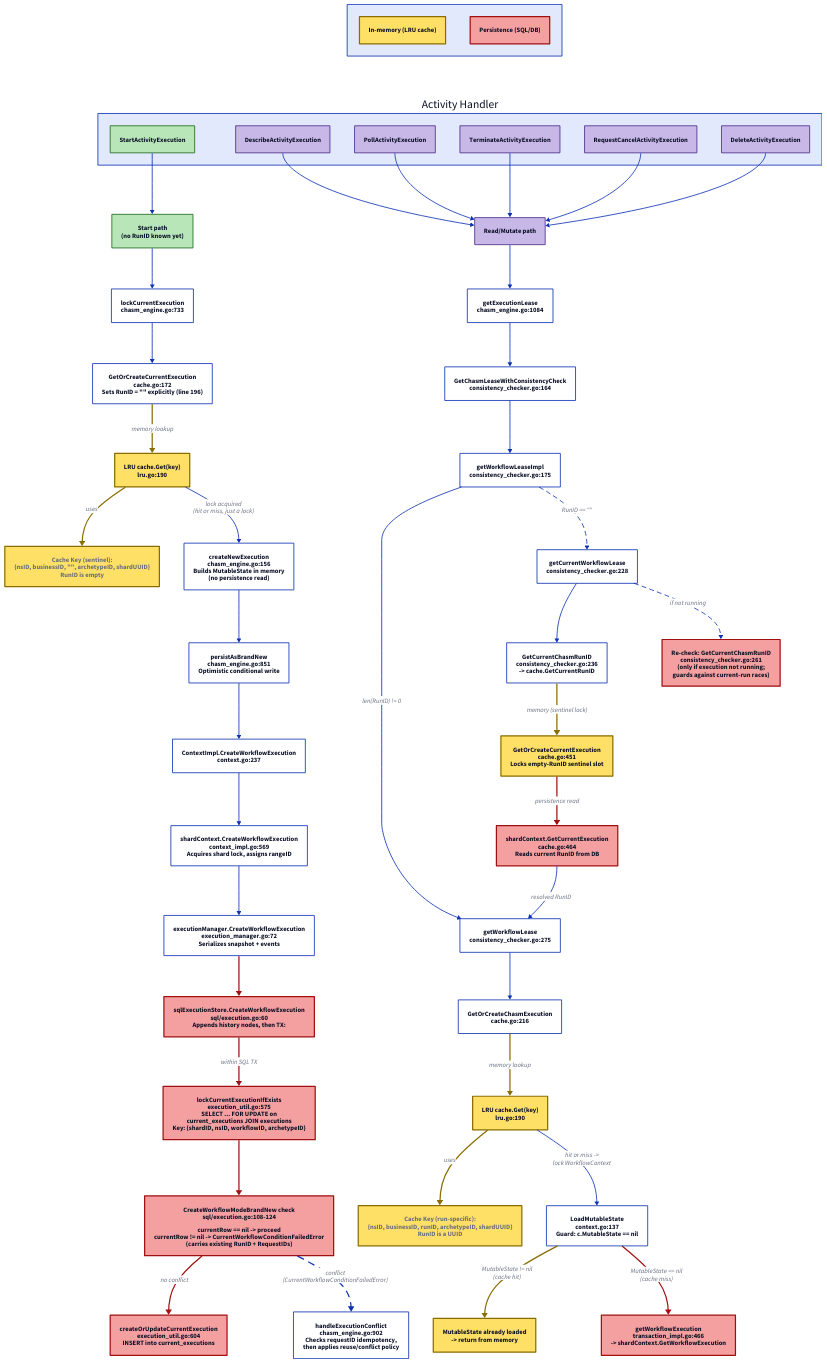
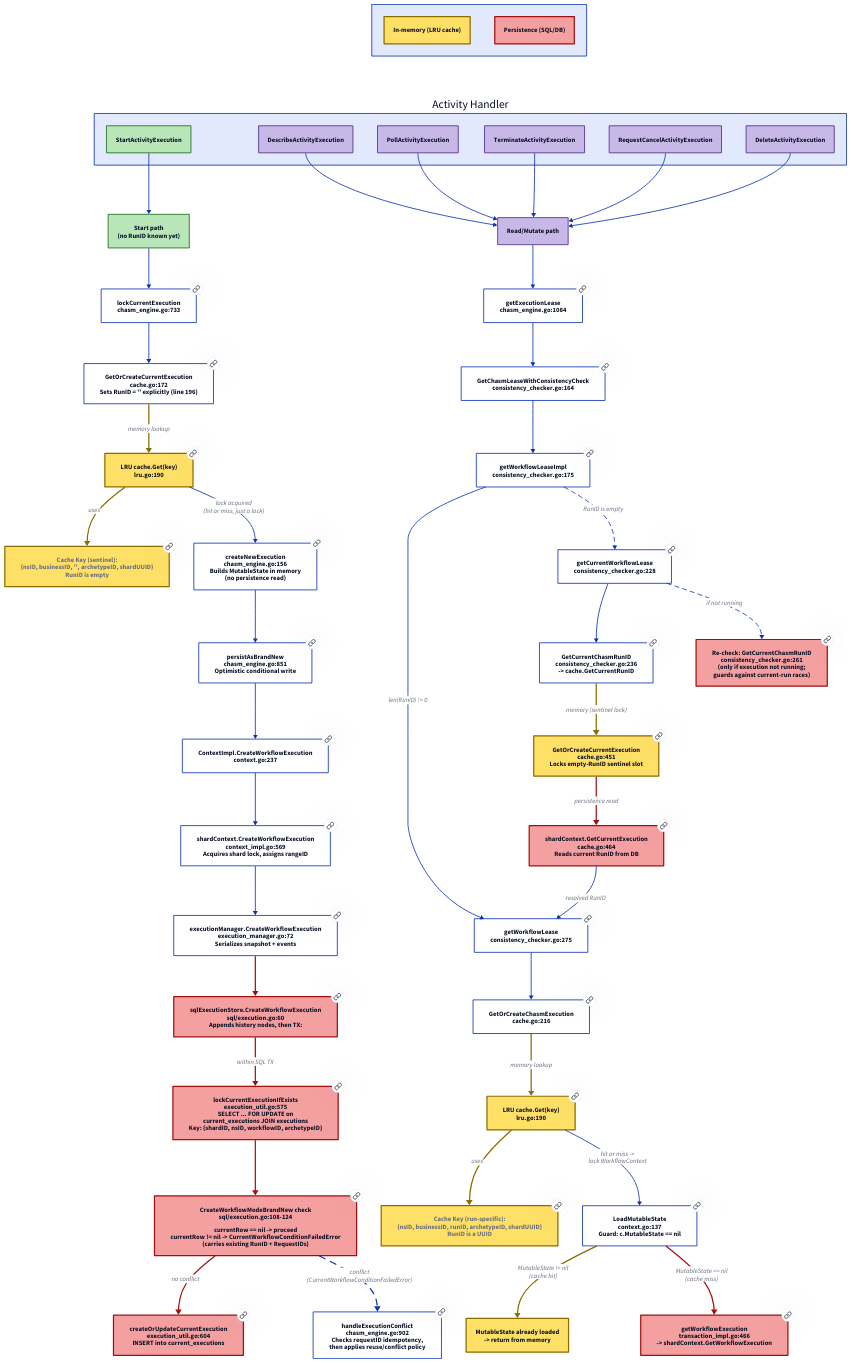
One commit to dandavison/temporalio-temporal changed the diagram in .task/activity-cache-keys.d2. Above: the diagram before and after it, drawn with D2.

Commit message:
activity diagram update

```diff
--- a/.task/activity-cache-keys.d2
+++ b/.task/activity-cache-keys.d2
@@ -80,12 +80,14 @@
 
 lock_current: "lockCurrentExecution\nchasm_engine.go:733" {
   style.fill: "#ffffff"
+  link: "https://github.com/temporalio/temporal/blob/f8bbf7c78/service/history/chasm_engine.go#L733"
 }
 
 start_path -> lock_current
 
-get_or_create_current: "GetOrCreateCurrentExecution\ncache.go:172\nSets RunID = \"\" explicitly (line 196)" {
+get_or_create_current: "GetOrCreateCurrentExecution\ncache.go:172\nSets RunID = '' explicitly (line 196)" {
   style.fill: "#ffffff"
+  link: "https://github.com/temporalio/temporal/blob/f8bbf7c78/service/history/workflow/cache/cache.go#L172"
 }
 
 lock_current -> get_or_create_current
@@ -95,13 +97,15 @@
   style.stroke: "#8a6d00"
   style.stroke-width: 3
   style.bold: true
+  link: "https://github.com/temporalio/temporal/blob/f8bbf7c78/common/cache/lru.go#L190"
 }
 
-cache_key_empty: "Cache Key (sentinel):\n{nsID, businessID, \"\", archetypeID, shardUUID}\nRunID is empty" {
+cache_key_empty: "Cache Key (sentinel):\n{nsID, businessID, '', archetypeID, shardUUID}\nRunID is empty" {
   style.fill: "#ffe066"
   style.stroke: "#8a6d00"
   style.stroke-width: 3
   style.italic: true
+  link: "https://github.com/temporalio/temporal/blob/f8bbf7c78/service/history/workflow/cache/cache.go#L73-L79"
 }
 
 get_or_create_current -> cache_lookup_empty: "memory lookup" {
@@ -115,12 +119,14 @@
 
 create_new_exec: "createNewExecution\nchasm_engine.go:156\nBuilds MutableState in memory\n(no persistence read)" {
   style.fill: "#ffffff"
+  link: "https://github.com/temporalio/temporal/blob/f8bbf7c78/service/history/chasm_engine.go#L156"
 }
 
 cache_lookup_empty -> create_new_exec: "lock acquired\n(hit or miss, just a lock)"
 
 persist_brand_new: "persistAsBrandNew\nchasm_engine.go:851\nOptimistic conditional write" {
   style.fill: "#ffffff"
+  link: "https://github.com/temporalio/temporal/blob/f8bbf7c78/service/history/chasm_engine.go#L851"
 }
 
 create_new_exec -> persist_brand_new
@@ -129,18 +135,21 @@
 
 ctx_create: "ContextImpl.CreateWorkflowExecution\ncontext.go:237" {
   style.fill: "#ffffff"
+  link: "https://github.com/temporalio/temporal/blob/f8bbf7c78/service/history/workflow/context.go#L237"
 }
 
 persist_brand_new -> ctx_create
 
 shard_create: "shardContext.CreateWorkflowExecution\ncontext_impl.go:569\nAcquires shard lock, assigns rangeID" {
   style.fill: "#ffffff"
+  link: "https://github.com/temporalio/temporal/blob/f8bbf7c78/service/history/shard/context_impl.go#L569"
 }
 
 ctx_create -> shard_create
 
 exec_mgr_create: "executionManager.CreateWorkflowExecution\nexecution_manager.go:72\nSerializes snapshot + events" {
   style.fill: "#ffffff"
+  link: "https://github.com/temporalio/temporal/blob/f8bbf7c78/common/persistence/execution_manager.go#L72"
 }
 
 shard_create -> exec_mgr_create
@@ -149,6 +158,7 @@
   style.fill: "#f5a0a0"
   style.stroke: "#a01010"
   style.stroke-width: 3
+  link: "https://github.com/temporalio/temporal/blob/f8bbf7c78/common/persistence/sql/execution.go#L60"
 }
 
 exec_mgr_create -> sql_create {
@@ -160,6 +170,7 @@
   style.fill: "#f5a0a0"
   style.stroke: "#a01010"
   style.stroke-width: 3
+  link: "https://github.com/temporalio/temporal/blob/f8bbf7c78/common/persistence/sql/execution_util.go#L575"
 }
 
 sql_create -> sql_lock_current: "within SQL TX" {
@@ -171,6 +182,7 @@
   style.fill: "#f5a0a0"
   style.stroke: "#a01010"
   style.stroke-width: 3
+  link: "https://github.com/temporalio/temporal/blob/f8bbf7c78/common/persistence/sql/execution.go#L108-L124"
 }
 
 sql_lock_current -> brand_new_check {
@@ -182,6 +194,7 @@
   style.fill: "#f5a0a0"
   style.stroke: "#a01010"
   style.stroke-width: 3
+  link: "https://github.com/temporalio/temporal/blob/f8bbf7c78/common/persistence/sql/execution_util.go#L604"
 }
 
 brand_new_check -> create_or_update: "no conflict" {
@@ -191,6 +204,7 @@
 
 conflict: "handleExecutionConflict\nchasm_engine.go:902\nChecks requestID idempotency,\nthen applies reuse/conflict policy" {
   style.fill: "#ffffff"
+  link: "https://github.com/temporalio/temporal/blob/f8bbf7c78/service/history/chasm_engine.go#L902"
 }
 
 brand_new_check -> conflict: "conflict\n(CurrentWorkflowConditionFailedError)" {
@@ -204,18 +218,21 @@
 
 get_exec_lease: "getExecutionLease\nchasm_engine.go:1084" {
   style.fill: "#ffffff"
+  link: "https://github.com/temporalio/temporal/blob/f8bbf7c78/service/history/chasm_engine.go#L1084"
 }
 
 lease_path -> get_exec_lease
 
 consistency_check: "GetChasmLeaseWithConsistencyCheck\nconsistency_checker.go:164" {
   style.fill: "#ffffff"
+  link: "https://github.com/temporalio/temporal/blob/f8bbf7c78/service/history/api/consistency_checker.go#L164"
 }
 
 get_exec_lease -> consistency_check
 
 branch: "getWorkflowLeaseImpl\nconsistency_checker.go:175" {
   style.fill: "#ffffff"
+  link: "https://github.com/temporalio/temporal/blob/f8bbf7c78/service/history/api/consistency_checker.go#L175"
 }
 
 consistency_check -> branch
@@ -232,14 +249,16 @@
 
 get_current_lease: "getCurrentWorkflowLease\nconsistency_checker.go:228" {
   style.fill: "#ffffff"
+  link: "https://github.com/temporalio/temporal/blob/f8bbf7c78/service/history/api/consistency_checker.go#L228"
 }
 
-branch -> get_current_lease: "RunID == \"\"" {
+branch -> get_current_lease: "RunID is empty" {
   style.stroke-dash: 5
 }
 
 resolve_run_id: "GetCurrentChasmRunID\nconsistency_checker.go:236\n-> cache.GetCurrentRunID" {
   style.fill: "#ffffff"
+  link: "https://github.com/temporalio/temporal/blob/f8bbf7c78/service/history/api/consistency_checker.go#L236"
 }
 
 get_current_lease -> resolve_run_id
@@ -248,6 +267,7 @@
   style.fill: "#ffe066"
   style.stroke: "#8a6d00"
   style.stroke-width: 3
+  link: "https://github.com/temporalio/temporal/blob/f8bbf7c78/service/history/workflow/cache/cache.go#L451"
 }
 
 resolve_run_id -> lock_sentinel: "memory (sentinel lock)" {
@@ -259,6 +279,7 @@
   style.fill: "#f5a0a0"
   style.stroke: "#a01010"
   style.stroke-width: 3
+  link: "https://github.com/temporalio/temporal/blob/f8bbf7c78/service/history/workflow/cache/cache.go#L464"
 }
 
 lock_sentinel -> get_current_exec: "persistence read" {
@@ -274,6 +295,7 @@
   style.fill: "#f5a0a0"
   style.stroke: "#a01010"
   style.stroke-width: 3
+  link: "https://github.com/temporalio/temporal/blob/f8bbf7c78/service/history/api/consistency_checker.go#L261"
 }
 
 get_current_lease -> recheck: "if not running" {
@@ -286,10 +308,12 @@
 
 get_wf_lease: "getWorkflowLease\nconsistency_checker.go:275" {
   style.fill: "#ffffff"
+  link: "https://github.com/temporalio/temporal/blob/f8bbf7c78/service/history/api/consistency_checker.go#L275"
 }
 
 get_or_create_chasm: "GetOrCreateChasmExecution\ncache.go:216" {
   style.fill: "#ffffff"
+  link: "https://github.com/temporalio/temporal/blob/f8bbf7c78/service/history/workflow/cache/cache.go#L216"
 }
 
 get_wf_lease -> get_or_create_chasm
@@ -299,6 +323,7 @@
   style.stroke: "#8a6d00"
   style.stroke-width: 3
   style.bold: true
+  link: "https://github.com/temporalio/temporal/blob/f8bbf7c78/common/cache/lru.go#L190"
 }
 
 cache_key_run: "Cache Key (run-specific):\n{nsID, businessID, runID, archetypeID, shardUUID}\nRunID is a UUID" {
@@ -306,6 +331,7 @@
   style.stroke: "#8a6d00"
   style.stroke-width: 3
   style.italic: true
+  link: "https://github.com/temporalio/temporal/blob/f8bbf7c78/service/history/workflow/cache/cache.go#L73-L79"
 }
 
 get_or_create_chasm -> cache_lookup_run: "memory lookup" {
@@ -319,6 +345,7 @@
 
 load_ms: "LoadMutableState\ncontext.go:137\nGuard: c.MutableState == nil" {
   style.fill: "#ffffff"
+  link: "https://github.com/temporalio/temporal/blob/f8bbf7c78/service/history/workflow/context.go#L137"
 }
 
 cache_lookup_run -> load_ms: "hit or miss ->\nlock WorkflowContext"
@@ -338,6 +365,7 @@
   style.fill: "#f5a0a0"
   style.stroke: "#a01010"
   style.stroke-width: 3
+  link: "https://github.com/temporalio/temporal/blob/f8bbf7c78/service/history/workflow/transaction_impl.go#L466"
 }
 
 load_ms -> get_wf_exec: "MutableState == nil\n(cache miss)" {
```
